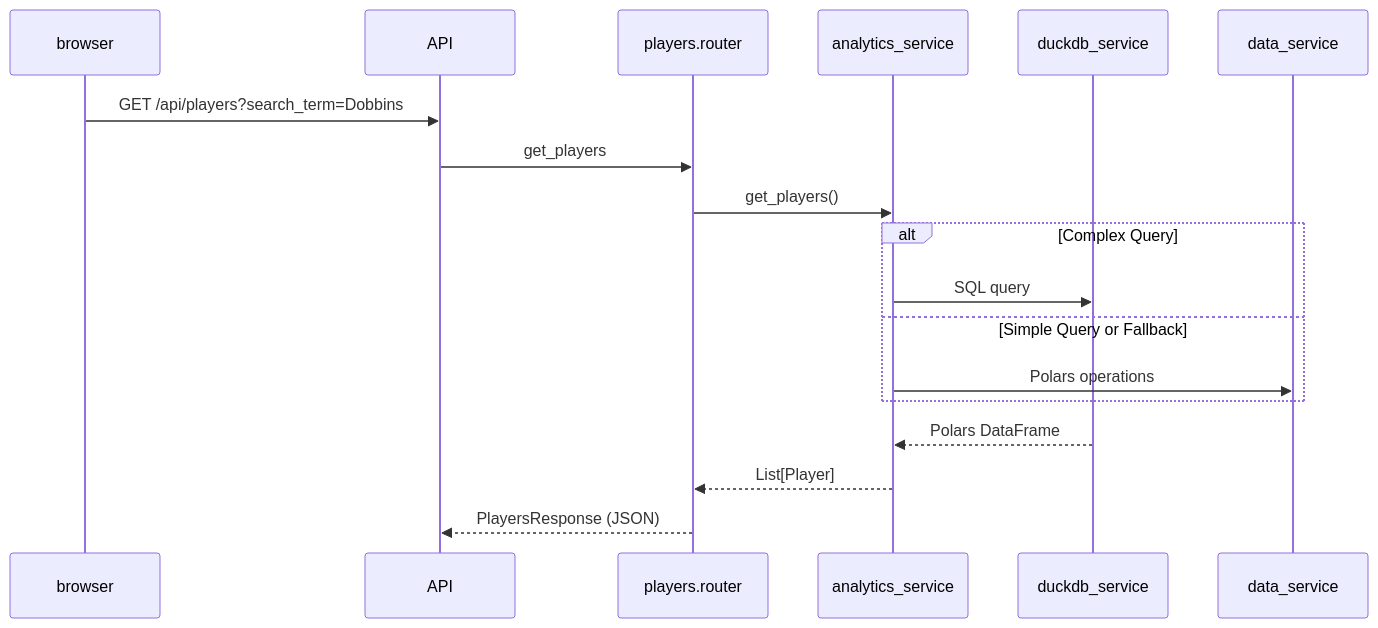
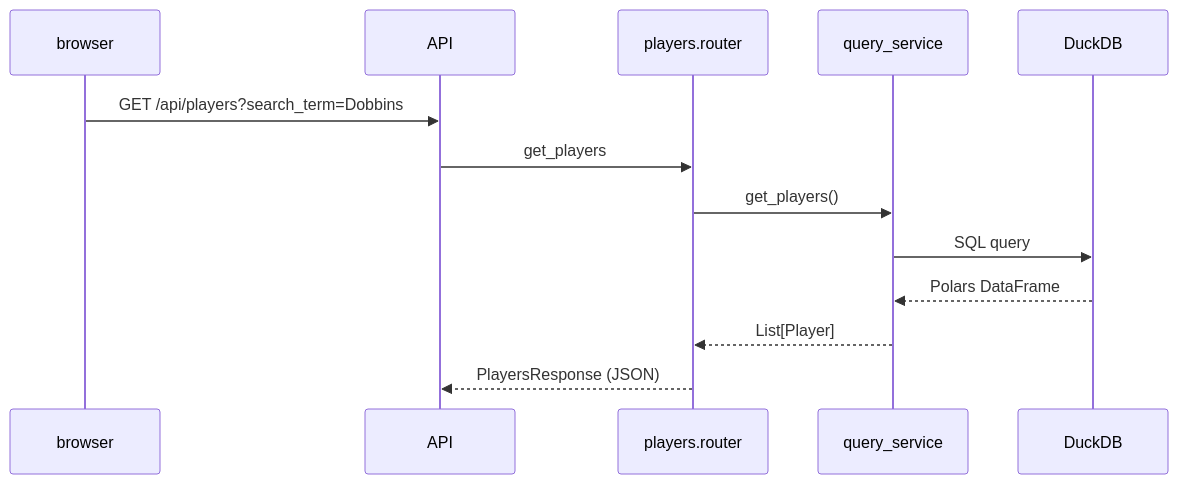
Before and after one commit to bsamaha/dk: the first of 2 diagrams in docs/DEV_ARCHITECTURE.md, drawn with Mermaid. The commit also changed other lines of this file and 27 other files, not shown here.

````diff
--- a/docs/DEV_ARCHITECTURE.md
+++ b/docs/DEV_ARCHITECTURE.md
@@ -38,14 +37,10 @@
 ```mermaid
 sequenceDiagram
     browser->>API: GET /api/players?search_term=Dobbins
     API->>players.router: get_players
-    players.router->>analytics_service: get_players()
-    alt Complex Query
-        analytics_service->>duckdb_service: SQL query
-    else Simple Query or Fallback
-        analytics_service->>data_service: Polars operations
-    end
-    duckdb_service-->>analytics_service: Polars DataFrame
-    analytics_service-->>players.router: List[Player]
+    players.router->>query_service: get_players()
+    query_service->>DuckDB: SQL query
+    DuckDB-->>query_service: Polars DataFrame
+    query_service-->>players.router: List[Player]
     players.router-->>API: PlayersResponse (JSON)
 ```
````
